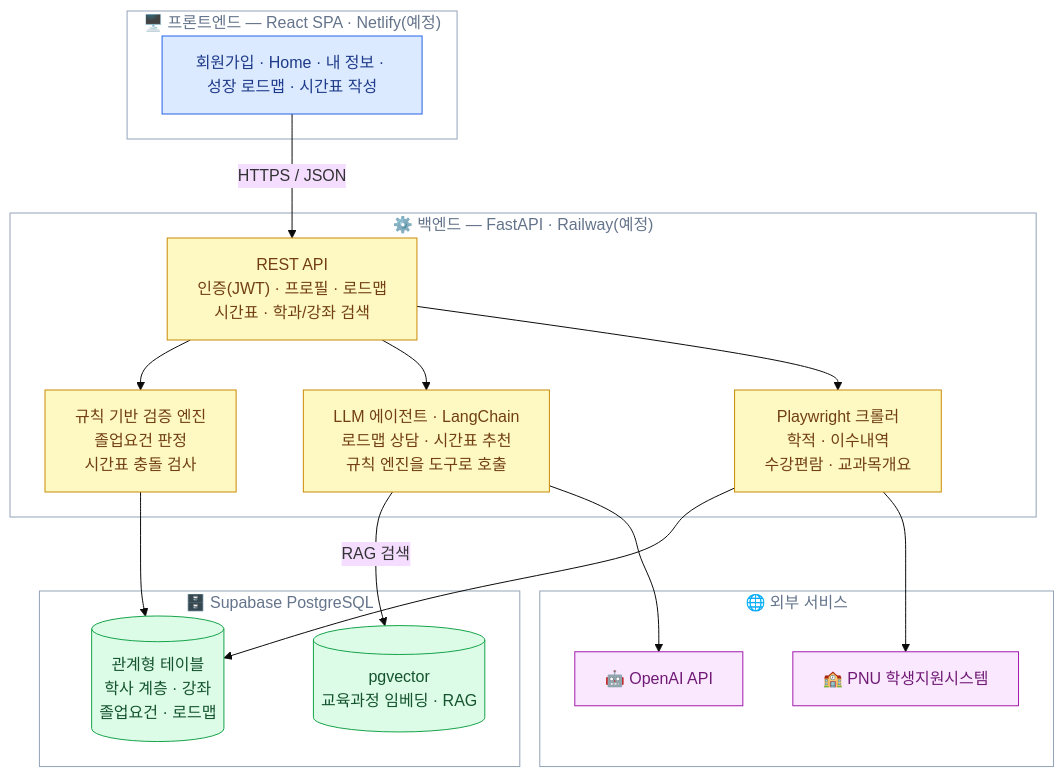
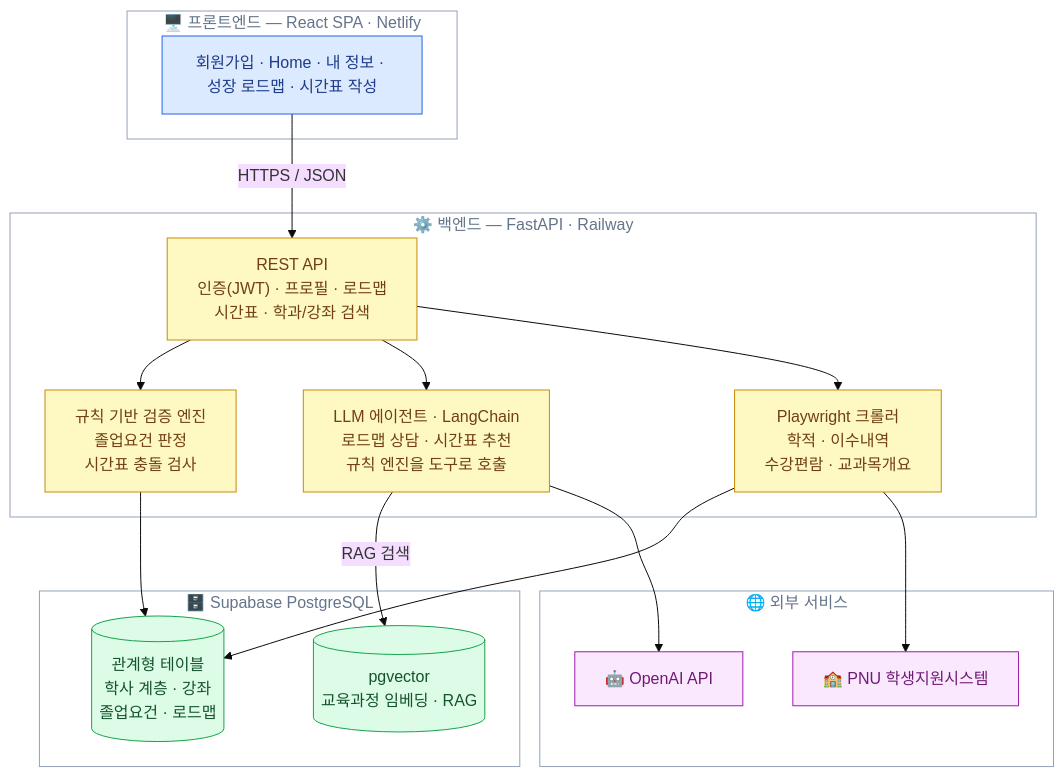
Before and after one commit to PNU-2026-AI-Hackathon/pnuai-a-03-team-u: the first of 3 diagrams in README.md, drawn with Mermaid (base theme). The commit also changed other lines of this file and 1 other file, not shown here.

````diff
--- a/README.md
+++ b/README.md
@@ -61,44 +61,44 @@
 ```mermaid
 flowchart TB
-    subgraph FRONT["🖥️ 프론트엔드 — React SPA · Netlify(예정)"]
+    subgraph FRONT["🖥️ 프론트엔드 — React SPA · Netlify"]
         FE["회원가입 · Home · 내 정보 · 성장 로드맵 · 시간표 작성"]
     end
 
-    subgraph BACK["⚙️ 백엔드 — FastAPI · Railway(예정)"]
+    subgraph BACK["⚙️ 백엔드 — FastAPI · Railway"]
         API["REST API<br/>인증(JWT) · 프로필 · 로드맵<br/>시간표 · 학과/강좌 검색"]
         RULE["규칙 기반 검증 엔진<br/>졸업요건 판정<br/>시간표 충돌 검사"]
         AGENT["LLM 에이전트 · LangChain<br/>로드맵 상담 · 시간표 추천<br/>규칙 엔진을 도구로 호출"]
         CRAWL["Playwright 크롤러<br/>학적 · 이수내역<br/>수강편람 · 교과목개요"]
     end
 
     subgraph DATA["🗄️ Supabase PostgreSQL"]
         PG[("관계형 테이블<br/>학사 계층 · 강좌<br/>졸업요건 · 로드맵")]
         VEC[("pgvector<br/>교육과정 임베딩 · RAG")]
     end
 
     subgraph EXT["🌐 외부 서비스"]
         LLM["🤖 OpenAI API"]
         PNU["🏫 PNU 학생지원시스템"]
     end
 
     FE -->|HTTPS / JSON| API
     API --> RULE
     API --> AGENT
     API --> CRAWL
     RULE --> PG
     AGENT -->|RAG 검색| VEC
     AGENT --> LLM
     CRAWL --> PG
     CRAWL --> PNU
 
     classDef front fill:#dbeafe,stroke:#2563eb,color:#1e3a8a
     classDef back fill:#fef9c3,stroke:#ca8a04,color:#713f12
     classDef data fill:#dcfce7,stroke:#16a34a,color:#14532d
     classDef ext fill:#fae8ff,stroke:#a21caf,color:#701a75
     classDef band fill:transparent,stroke:#94a3b8,color:#64748b
     class FE front
     class API,RULE,AGENT,CRAWL back
     class PG,VEC data
     class LLM,PNU ext
     class FRONT,BACK,DATA,EXT band
 ```
````
